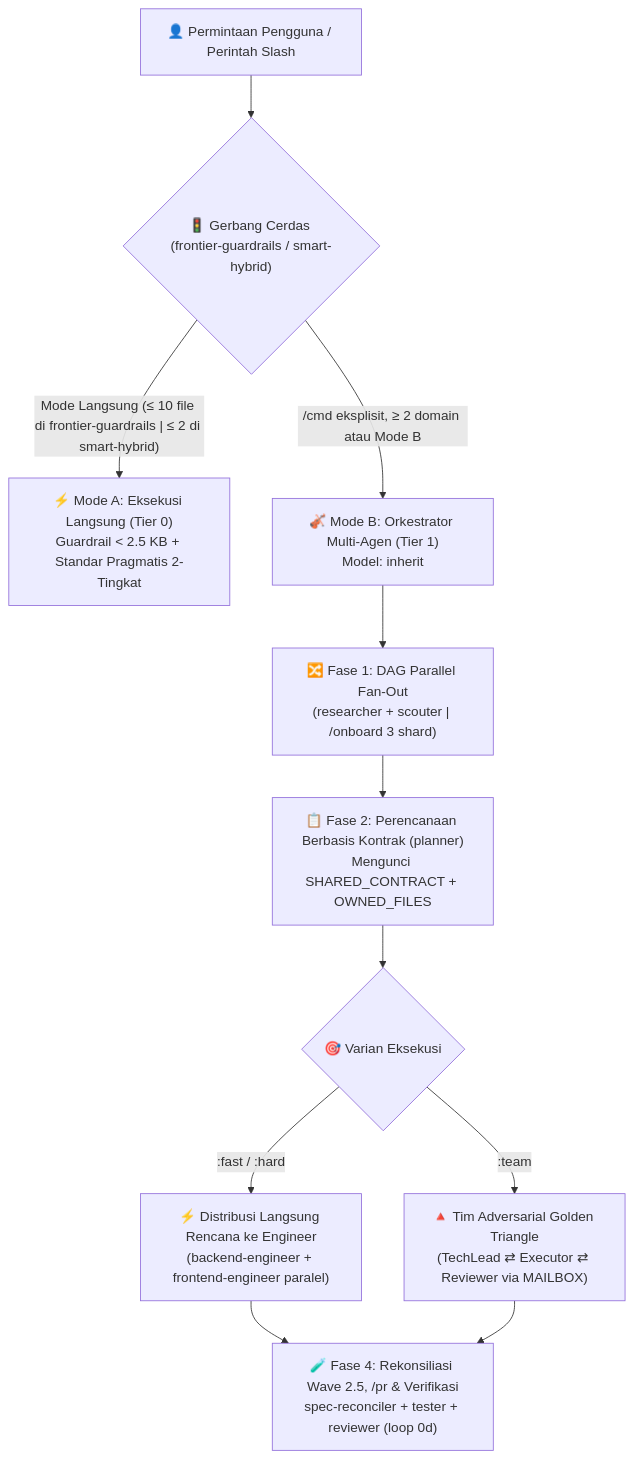
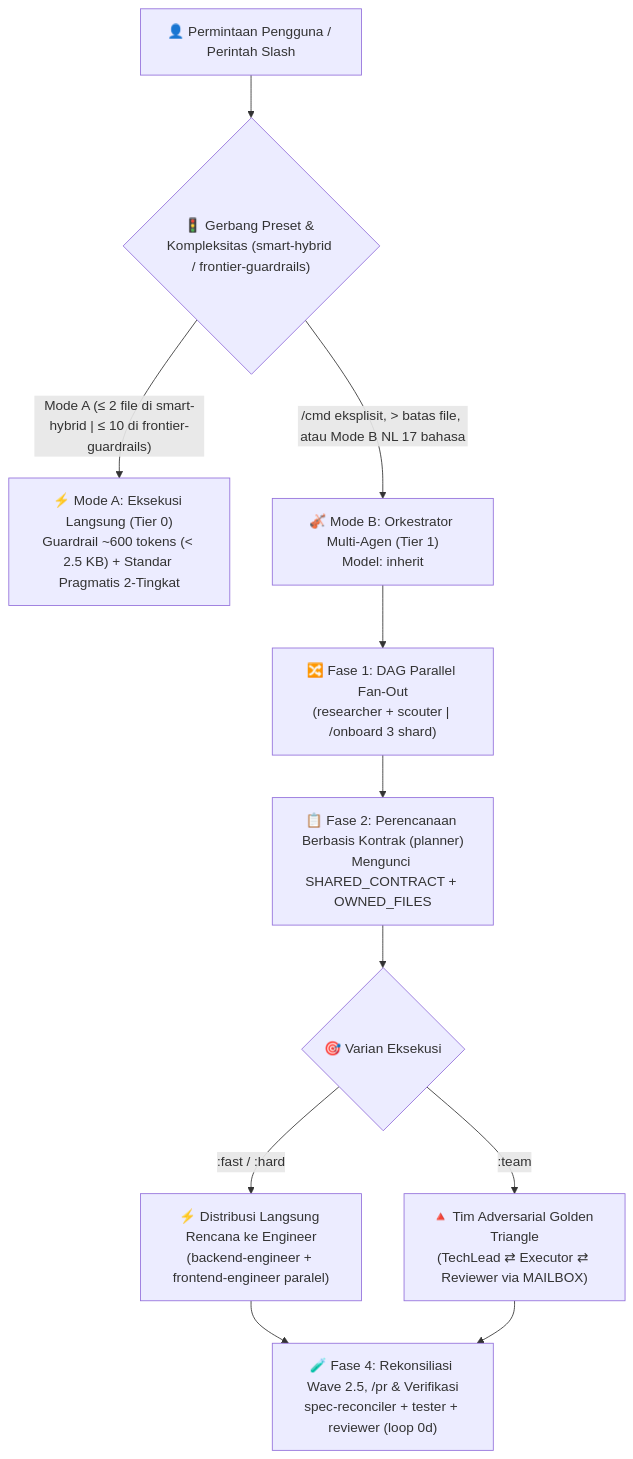
One commit to Kennyboom/BoomOpen-Workflow-Kit-Pro changed the diagram in i18n/README.id.md. Above: the diagram before and after it, drawn with Mermaid. The commit also changed other lines of this file and 16 other files, not shown here.

Commit message:
docs(i18n,changelog): align all 16 localized READMEs and CHANGELOG to smart-hybrid default

````diff
--- a/i18n/README.id.md
+++ b/i18n/README.id.md
@@ -59,16 +60,16 @@
 ```mermaid
 flowchart TD
-    User["👤 Permintaan Pengguna / Perintah Slash"] --> Gate{"🚦 Gerbang Cerdas (frontier-guardrails / smart-hybrid)"}
-    Gate -->|"Mode Langsung (≤ 10 file di frontier-guardrails | ≤ 2 di smart-hybrid)"| ModeA["⚡ Mode A: Eksekusi Langsung (Tier 0)<br/>Guardrail < 2.5 KB + Standar Pragmatis 2-Tingkat"]
-    Gate -->|"/cmd eksplisit, ≥ 2 domain atau Mode B"| ModeB["🎻 Mode B: Orkestrator Multi-Agen (Tier 1)<br/>Model: inherit"]
+    User["👤 Permintaan Pengguna / Perintah Slash"] --> Gate{"🚦 Gerbang Preset & Kompleksitas (smart-hybrid / frontier-guardrails)"}
+    Gate -->|"Mode A (≤ 2 file di smart-hybrid | ≤ 10 di frontier-guardrails)"| ModeA["⚡ Mode A: Eksekusi Langsung (Tier 0)<br/>Guardrail ~600 tokens (< 2.5 KB) + Standar Pragmatis 2-Tingkat"]
+    Gate -->|"/cmd eksplisit, > batas file, atau Mode B NL 17 bahasa"| ModeB["🎻 Mode B: Orkestrator Multi-Agen (Tier 1)<br/>Model: inherit"]
 
     ModeB --> FanOut["🔀 Fase 1: DAG Parallel Fan-Out<br/>(researcher + scouter | /onboard 3 shard)"]
     FanOut --> Plan["📋 Fase 2: Perencanaan Berbasis Kontrak (planner)<br/>Mengunci SHARED_CONTRACT + OWNED_FILES"]
     Plan --> Dispatch{"🎯 Varian Eksekusi"}
 
     Dispatch -->|":fast / :hard"| Direct["⚡ Distribusi Langsung Rencana ke Engineer<br/>(backend-engineer + frontend-engineer paralel)"]
     Dispatch -->|":team"| Triangle["🔺 Tim Adversarial Golden Triangle<br/>(TechLead ⇄ Executor ⇄ Reviewer via MAILBOX)"]
 
     Direct --> Verify["🧪 Fase 4: Rekonsiliasi Wave 2.5, /pr & Verifikasi<br/>spec-reconciler + tester + reviewer (loop 0d)"]
     Triangle --> Verify
 ```
````
